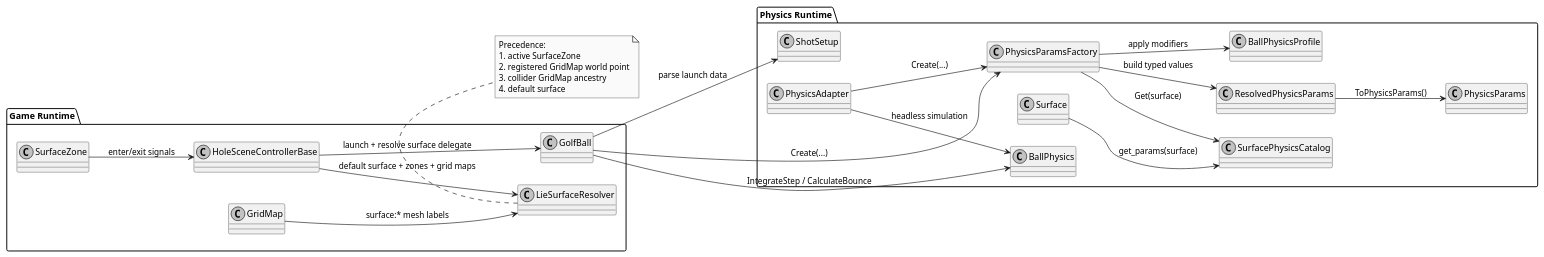
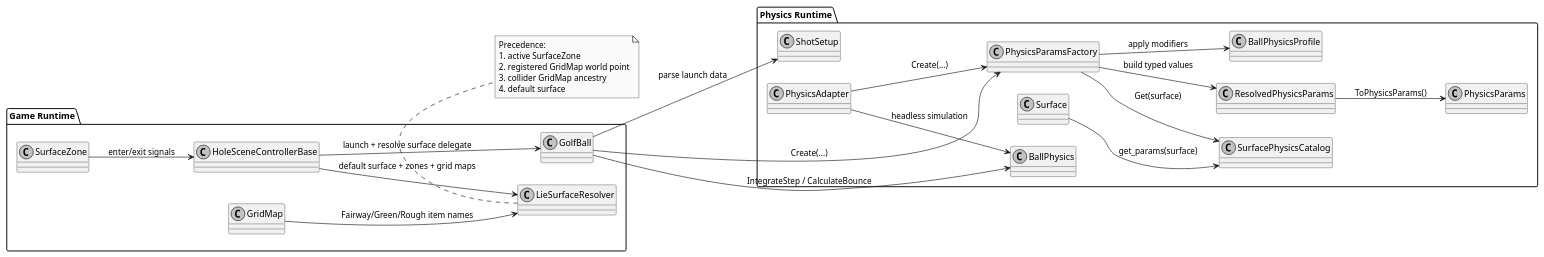
The diagram in addons/openfairway/assets/diagrams/physics-runtime-components.puml (digitalhand/openfairway), drawn with PlantUML before and after one commit. The commit also changed 241 other files, not shown here.

```diff
--- a/addons/openfairway/assets/diagrams/physics-runtime-components.puml
+++ b/addons/openfairway/assets/diagrams/physics-runtime-components.puml
@@ -1,50 +1,50 @@
 @startuml
 skinparam monochrome true
 left to right direction
 
 package "Game Runtime" {
   class HoleSceneControllerBase
   class GolfBall
   class LieSurfaceResolver
   class SurfaceZone
   class GridMap
 }
 
 package "Physics Runtime" {
   class ShotSetup
   class PhysicsParamsFactory
   class ResolvedPhysicsParams
   class BallPhysicsProfile
   class SurfacePhysicsCatalog
   class Surface
   class PhysicsParams
   class BallPhysics
   class PhysicsAdapter
 }
 
 HoleSceneControllerBase --> GolfBall : launch + resolve surface delegate
 HoleSceneControllerBase --> LieSurfaceResolver : default surface + zones + grid maps
 SurfaceZone --> HoleSceneControllerBase : enter/exit signals
-GridMap --> LieSurfaceResolver : surface:* mesh labels
+GridMap --> LieSurfaceResolver : Fairway/Green/Rough item names
 
 GolfBall --> ShotSetup : parse launch data
 GolfBall --> PhysicsParamsFactory : Create(...)
 PhysicsParamsFactory --> SurfacePhysicsCatalog : Get(surface)
 PhysicsParamsFactory --> BallPhysicsProfile : apply modifiers
 PhysicsParamsFactory --> ResolvedPhysicsParams : build typed values
 ResolvedPhysicsParams --> PhysicsParams : ToPhysicsParams()
 GolfBall --> BallPhysics : IntegrateStep / CalculateBounce
 
 Surface --> SurfacePhysicsCatalog : get_params(surface)
 PhysicsAdapter --> PhysicsParamsFactory : Create(...)
 PhysicsAdapter --> BallPhysics : headless simulation
 
 note bottom of LieSurfaceResolver
 Precedence:
 1. active SurfaceZone
 2. registered GridMap world point
 3. collider GridMap ancestry
 4. default surface
 end note
 
 @enduml
```
